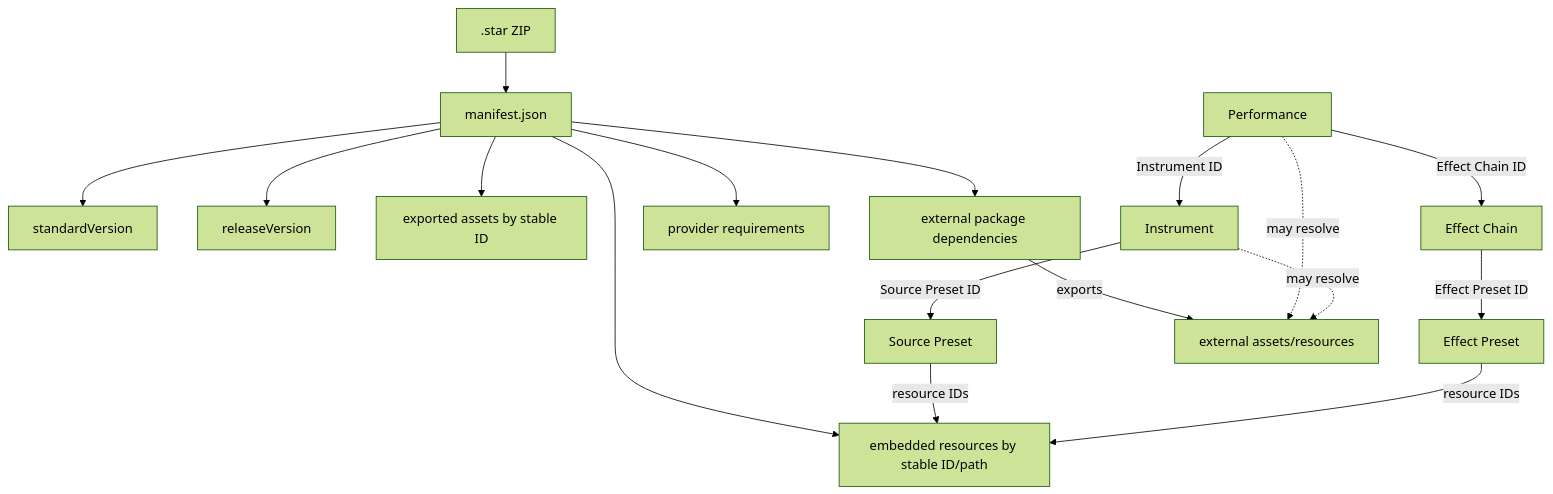
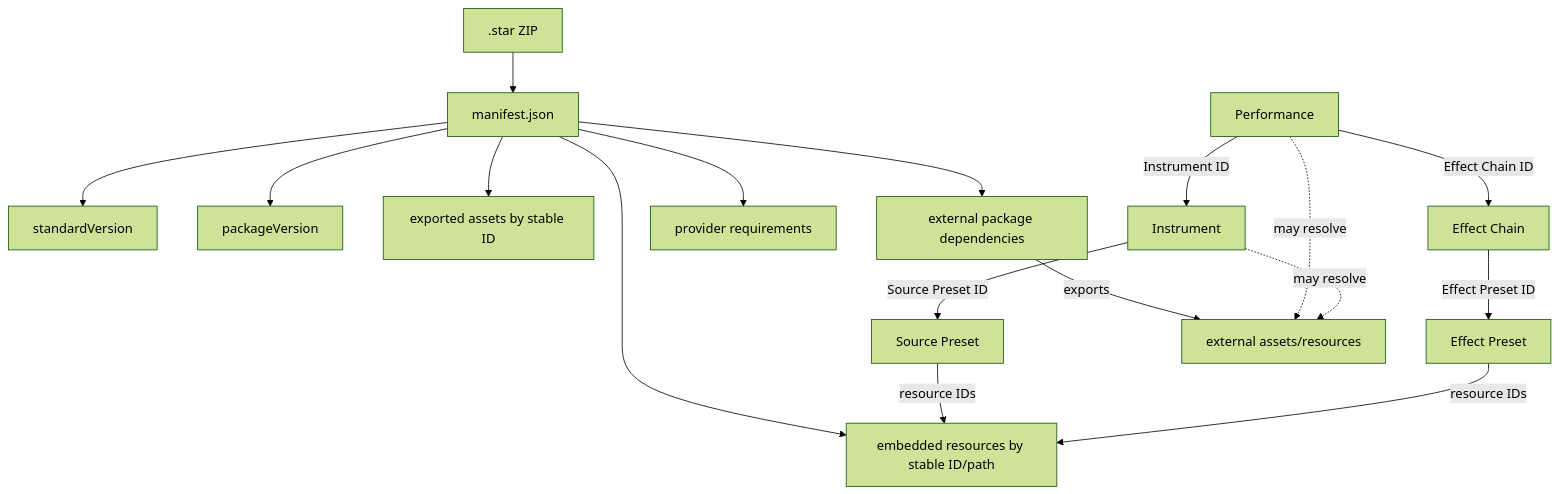
Before and after one commit to djflan/Lodestar.Standard: the fifth of 7 diagrams in docs/v1/architecture-map.md, drawn with Mermaid (forest theme). The commit also changed other lines of this file and 17 other files, not shown here.

````diff
--- a/docs/v1/architecture-map.md
+++ b/docs/v1/architecture-map.md
@@ -136,19 +135,19 @@
 ```mermaid
 flowchart TB
   PKG[.star ZIP] --> MF[manifest.json]
   MF --> SV[standardVersion]
-  MF --> RV[releaseVersion]
+  MF --> RV[packageVersion]
   MF --> EX[exported assets by stable ID]
   MF --> ER[embedded resources by stable ID/path]
   MF --> DP[external package dependencies]
   MF --> RP[provider requirements]
   PERF[Performance] -->|Instrument ID| INST[Instrument]
   INST -->|Source Preset ID| SP[Source Preset]
   PERF -->|Effect Chain ID| EC[Effect Chain]
   EC -->|Effect Preset ID| EP[Effect Preset]
   SP -->|resource IDs| ER
   EP -->|resource IDs| ER
   DP -->|exports| EXT[external assets/resources]
   PERF -. may resolve .-> EXT
   INST -. may resolve .-> EXT
 ```
````
